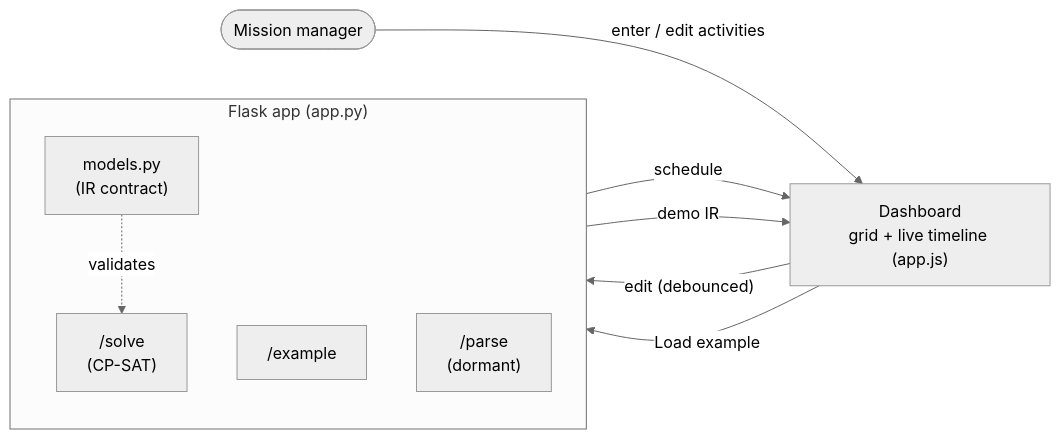
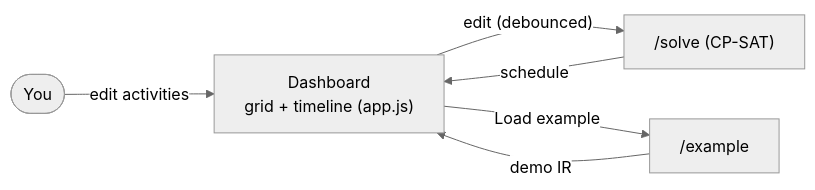
The diagram in ARCHITECTURE.md (henryqpham/CP-SAT-PROJECT), drawn with Mermaid (neutral theme) before and after one commit. The commit also changed other lines of this file and 11 other files, not shown here.

````diff
--- a/ARCHITECTURE.md
+++ b/ARCHITECTURE.md
@@ -101,18 +51,8 @@
 ```mermaid
 flowchart LR
-    U(["Mission manager"]) -->|enter / edit activities| FE["Dashboard<br/>grid + live timeline (app.js)"]
-
-    subgraph FLASK["Flask app (app.py)"]
-        direction TB
-        SOLVE["/solve<br/>(CP-SAT)"]
-        EXAMPLE["/example"]
-        IR["models.py<br/>(IR contract)"]
-        PARSE["/parse<br/>(dormant)"]
-    end
-
-    FE -->|"edit (debounced)"| SOLVE
+    U(["You"]) -->|edit activities| FE["Dashboard<br/>grid + timeline (app.js)"]
+    FE -->|"edit (debounced)"| SOLVE["/solve (CP-SAT)"]
     SOLVE -->|schedule| FE
-    FE -->|"Load example"| EXAMPLE
+    FE -->|"Load example"| EXAMPLE["/example"]
     EXAMPLE -->|demo IR| FE
-    IR -.validates.-> SOLVE
 ```
````
